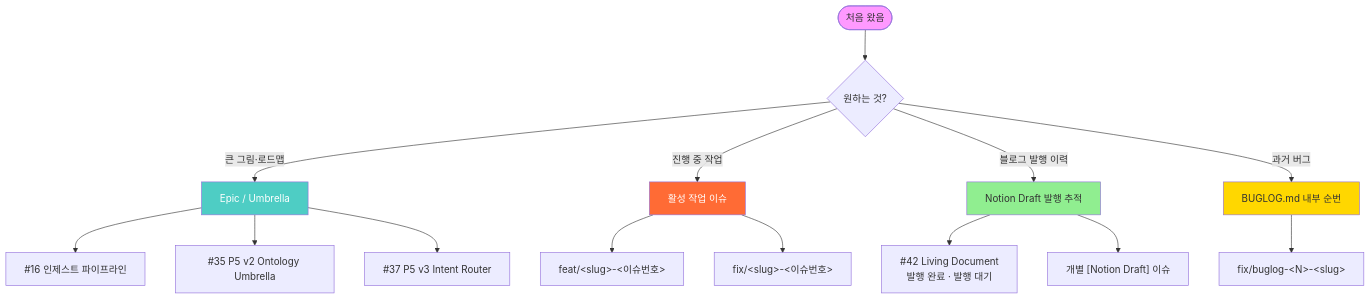
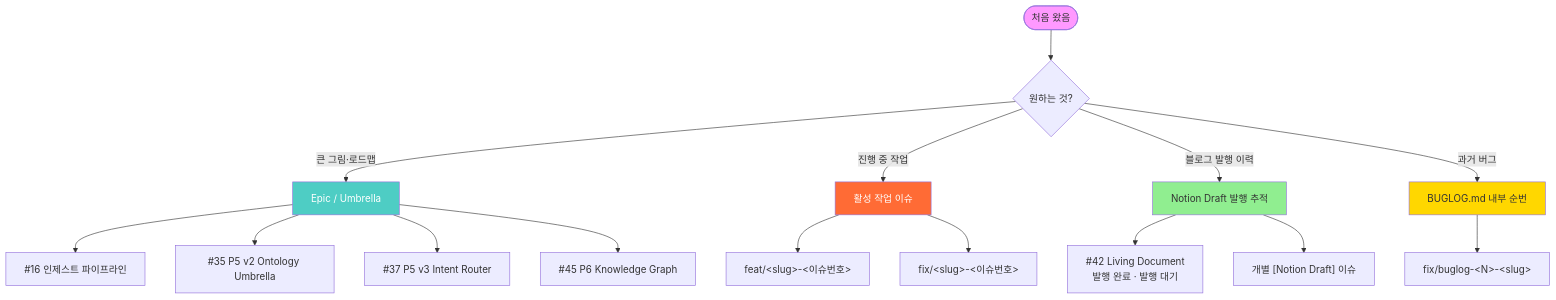
One commit to hjoong-tangunsoft/RAG_maker changed the first of 2 diagrams in README.md. Above: the diagram before and after it, drawn with Mermaid. The commit also changed other lines of this file, not shown here.

First line of the commit message:
docs(README): P6 Knowledge Graph Epic (#45) 로드맵에 반영

````diff
--- a/README.md
+++ b/README.md
@@ -201,27 +201,28 @@
 ```mermaid
 flowchart TB
     Start([처음 왔음]) --> Q{원하는 것?}
 
     Q -->|큰 그림·로드맵| E[Epic / Umbrella]
     Q -->|진행 중 작업| W[활성 작업 이슈]
     Q -->|블로그 발행 이력| T[Notion Draft 발행 추적]
     Q -->|과거 버그| B[BUGLOG.md 내부 순번]
 
     E --> E1["#16 인제스트 파이프라인"]
     E --> E2["#35 P5 v2 Ontology Umbrella"]
     E --> E3["#37 P5 v3 Intent Router"]
+    E --> E4["#45 P6 Knowledge Graph"]
 
     W --> W1["feat/&lt;slug&gt;-&lt;이슈번호&gt;"]
     W --> W2["fix/&lt;slug&gt;-&lt;이슈번호&gt;"]
 
     T --> T1["#42 Living Document<br/>발행 완료 · 발행 대기"]
     T --> T2["개별 [Notion Draft] 이슈"]
 
     B --> B1["fix/buglog-&lt;N&gt;-&lt;slug&gt;"]
 
     style Start fill:#f9f
     style E fill:#4ecdc4,color:white
     style W fill:#ff6b35,color:white
     style T fill:#90EE90
     style B fill:#ffd700
 ```
````
